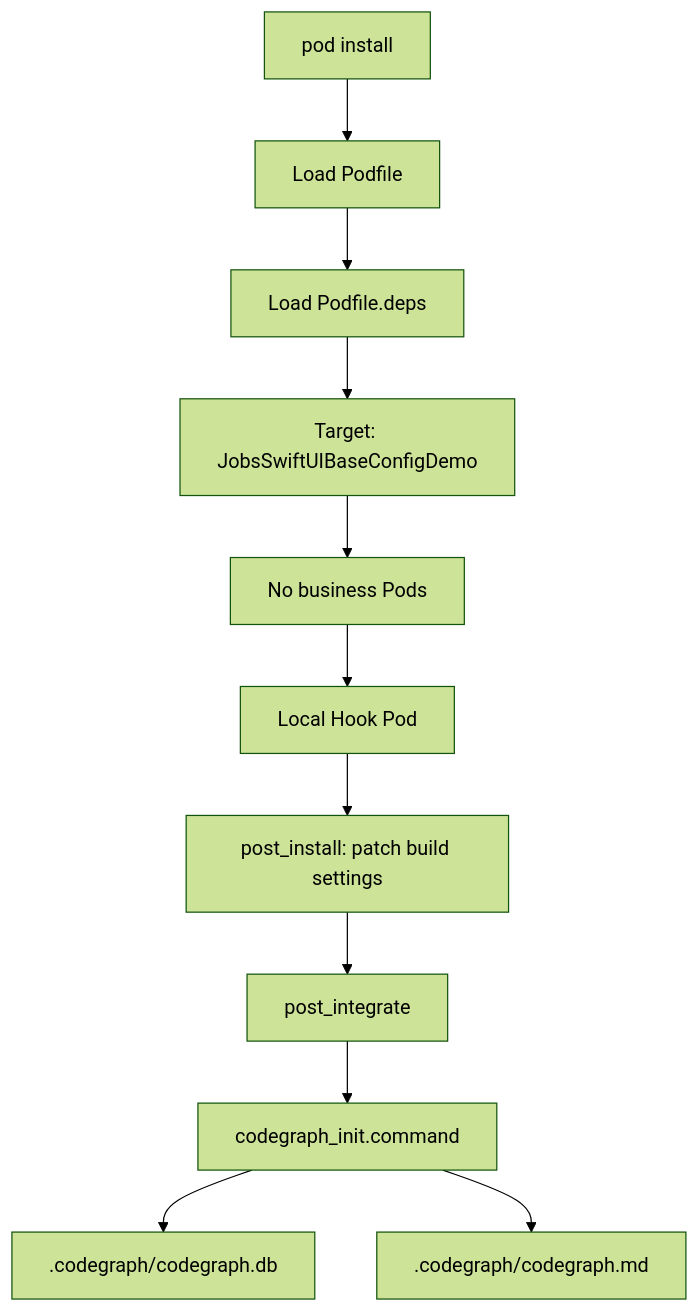
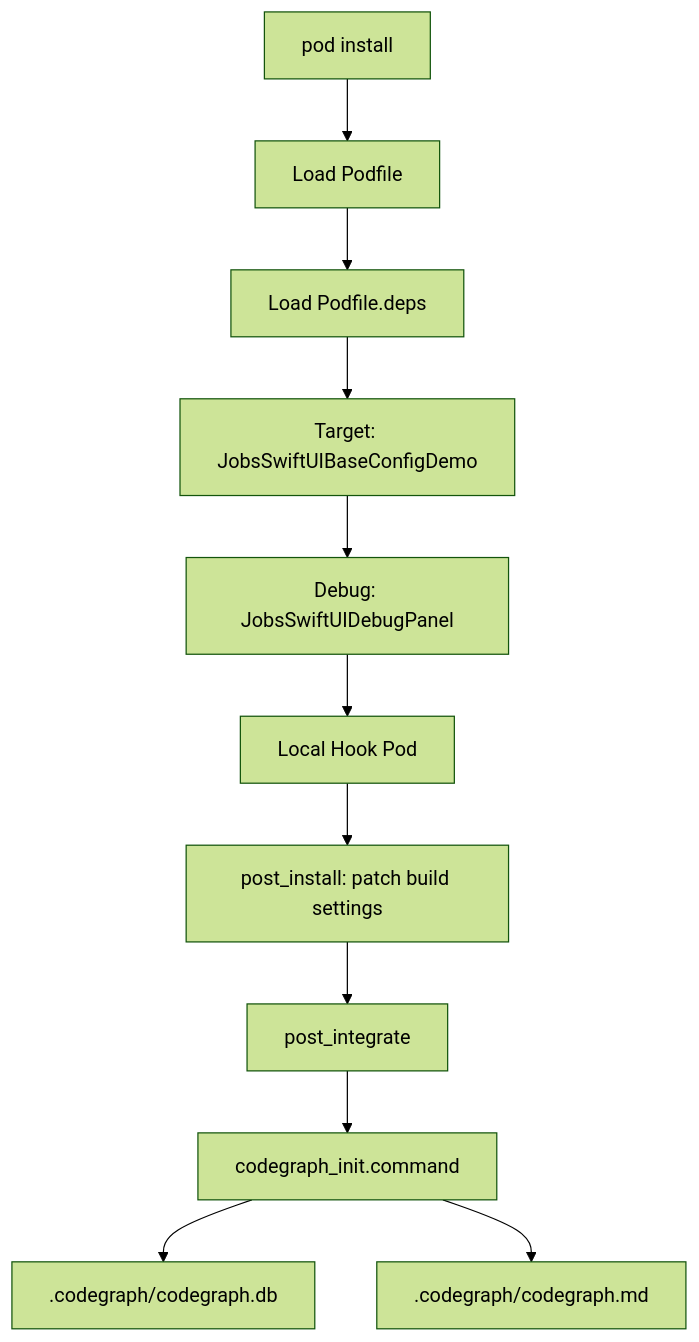
Before and after one commit to JobsKits/JobsSwiftUIBaseConfigDemo: the second of 2 diagrams in README.md, drawn with Mermaid (forest theme). The commit also changed other lines of this file and 35 other files, not shown here.

````diff
--- a/README.md
+++ b/README.md
@@ -201,13 +225,13 @@
 ```mermaid
 flowchart TD
     A["pod install"] --> B["Load Podfile"]
     B --> C["Load Podfile.deps"]
     C --> D["Target: JobsSwiftUIBaseConfigDemo"]
-    D --> E["No business Pods"]
+    D --> E["Debug: JobsSwiftUIDebugPanel"]
     E --> F["Local Hook Pod"]
     F --> G["post_install: patch build settings"]
     G --> H["post_integrate"]
     H --> I["codegraph_init.command"]
     I --> J[".codegraph/codegraph.db"]
     I --> K[".codegraph/codegraph.md"]
 ```
````
